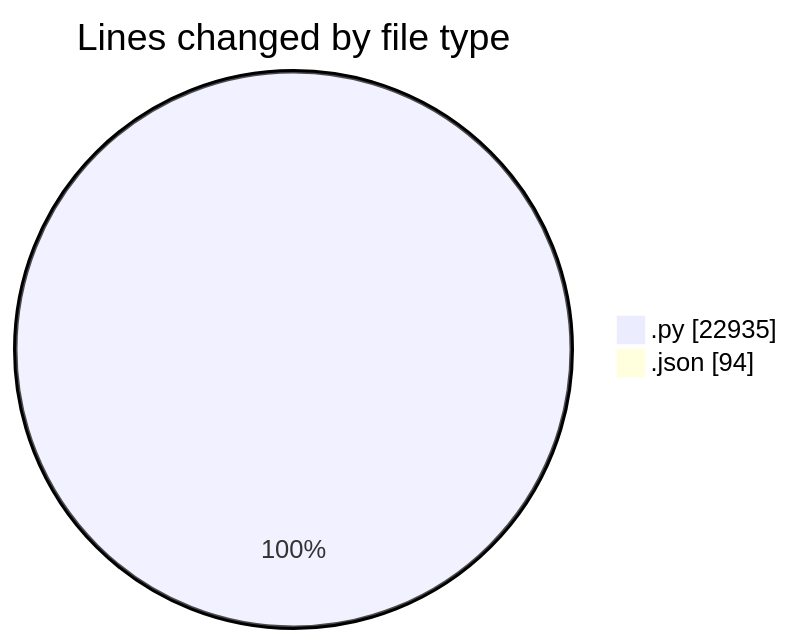
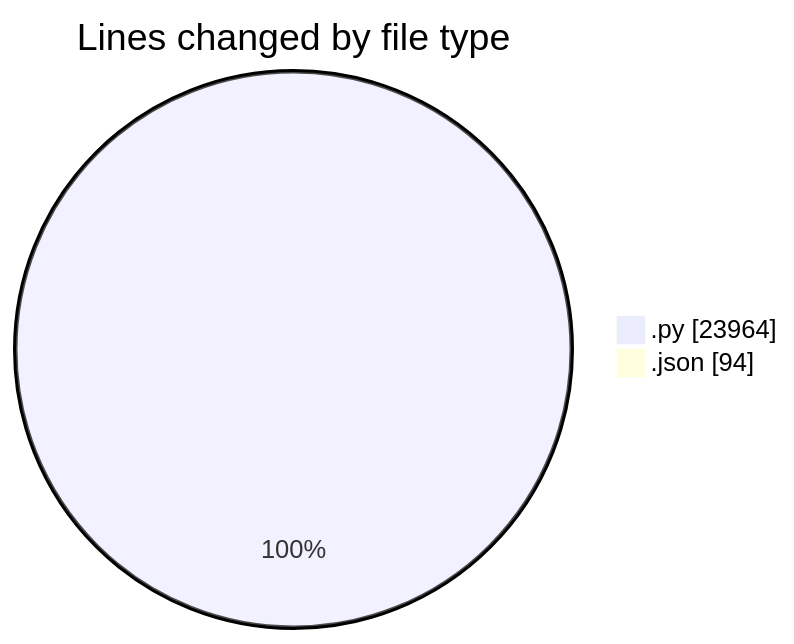
One commit to jrari/code-tracking changed the first of 2 diagrams in 2025-07-14/telebot/README.md. Above: the diagram before and after it, drawn with Mermaid. The commit also changed other lines of this file and 1 other file, not shown here.

````diff
--- a/2025-07-14/telebot/README.md
+++ b/2025-07-14/telebot/README.md
@@ -47,6 +48,6 @@
 ```mermaid
 pie showData
 title Lines changed by file type
-".py" : 22935
+".py" : 23964
 ".json" : 94
 ```
````
